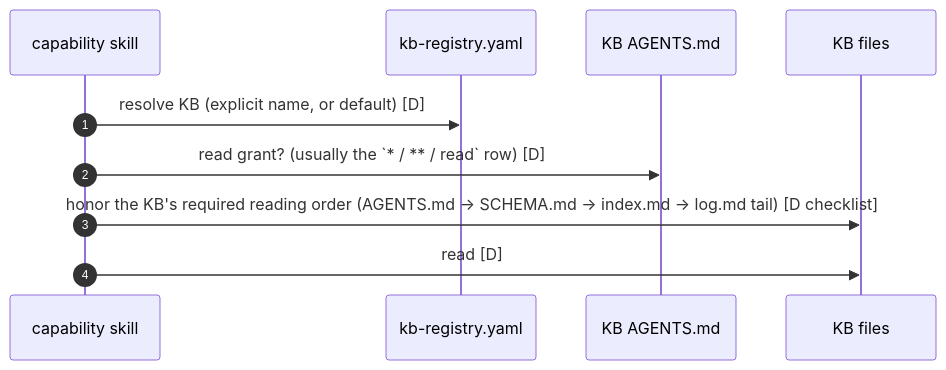
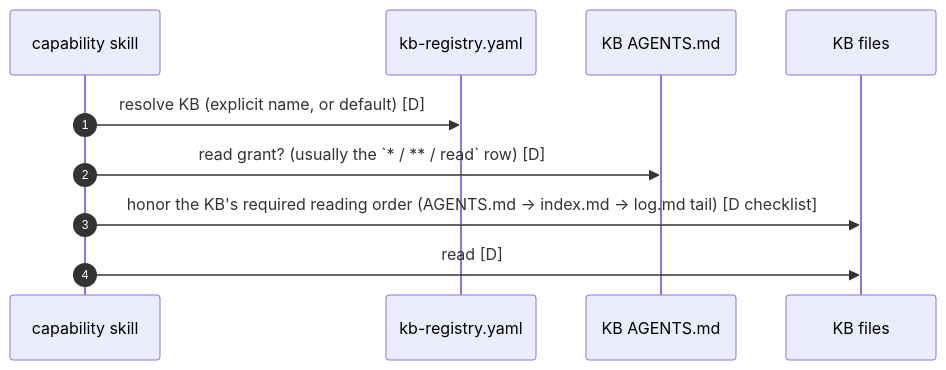
Before and after one commit to AlmogBaku/aos: the third of 5 diagrams in design/kb-authorization.md, drawn with Mermaid. The commit also changed other lines of this file and 8 other files, not shown here.

````diff
--- a/design/kb-authorization.md
+++ b/design/kb-authorization.md
@@ -274,13 +275,13 @@
 ```mermaid
 sequenceDiagram
     autonumber
     participant Cap as capability skill
     participant Reg as kb-registry.yaml
     participant Gr as KB AGENTS.md ## Grants
     participant KB as KB files
 
     Cap->>Reg: resolve KB (explicit name, or default) [D]
     Cap->>Gr: read grant? (usually the `* / ** / read` row) [D]
-    Cap->>KB: honor the KB's required reading order (AGENTS.md → SCHEMA.md → index.md → log.md tail) [D checklist]
+    Cap->>KB: honor the KB's required reading order (AGENTS.md → index.md → log.md tail) [D checklist]
     Cap->>KB: read [D]
 ```
````
